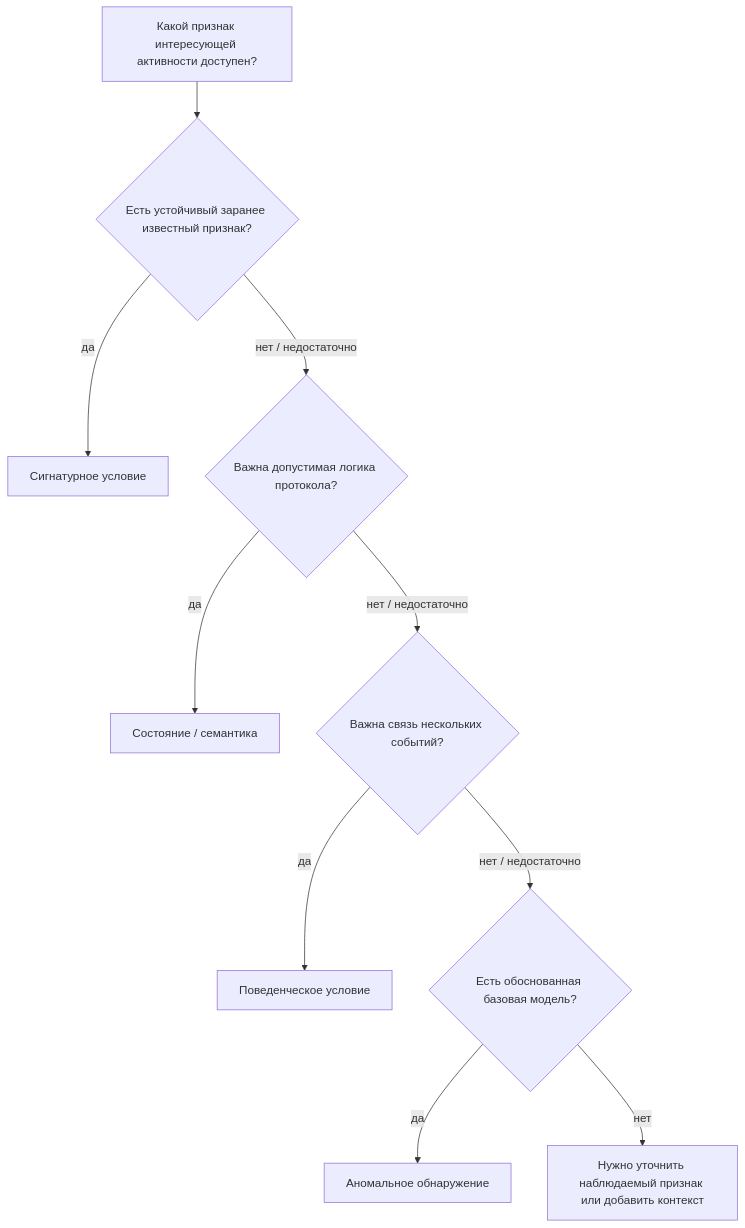
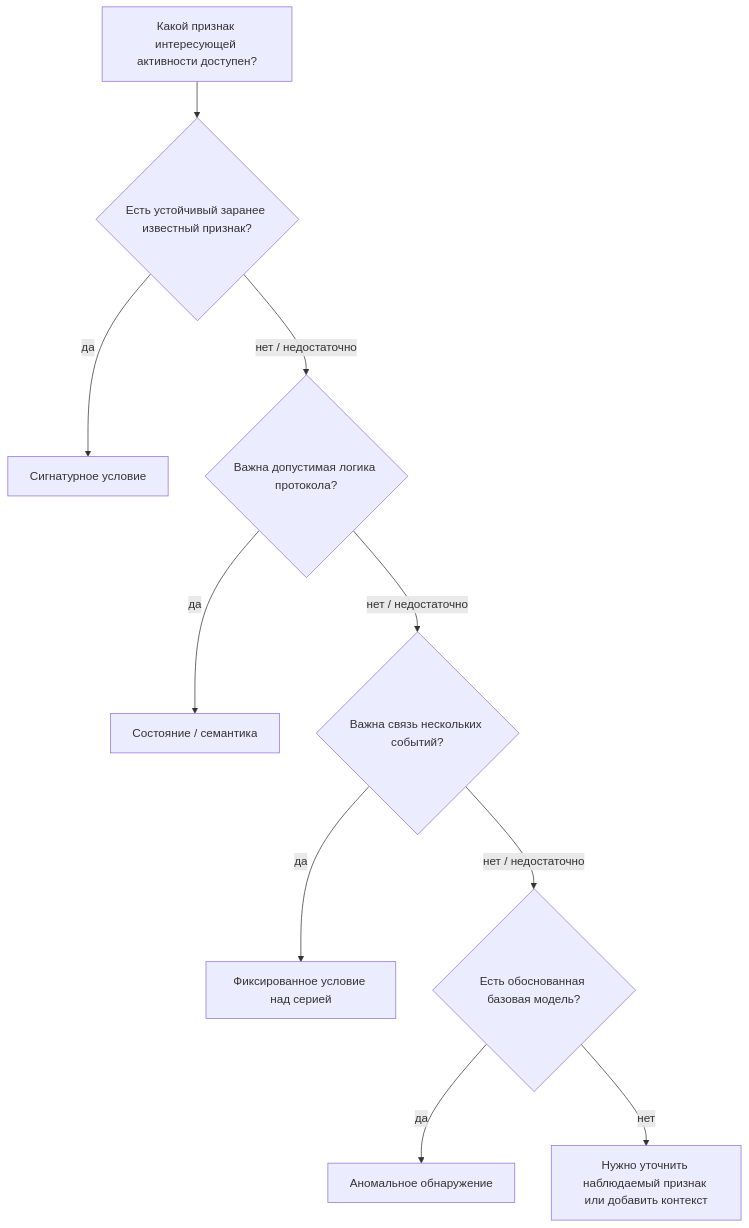
The sixth of 6 diagrams in docs/course/05-firewall-vs-idps.md (11ndra/spvo), drawn with Mermaid before and after one commit. The commit also changed other lines of this file and 21 other files, not shown here.

````diff
--- a/docs/course/05-firewall-vs-idps.md
+++ b/docs/course/05-firewall-vs-idps.md
@@ -443,13 +414,13 @@
 ```mermaid
 flowchart TB
     Q[Какой признак интересующей активности доступен?]
     Q --> K{Есть устойчивый заранее известный признак?}
     K -->|да| S[Сигнатурное условие]
     K -->|нет / недостаточно| P{Важна допустимая логика протокола?}
     P -->|да| ST[Состояние / семантика]
     P -->|нет / недостаточно| B{Важна связь нескольких событий?}
-    B -->|да| BH[Поведенческое условие]
+    B -->|да| BH[Фиксированное условие над серией]
     B -->|нет / недостаточно| A{Есть обоснованная базовая модель?}
     A -->|да| AN[Аномальное обнаружение]
     A -->|нет| X[Нужно уточнить наблюдаемый признак или добавить контекст]
 ```
````
